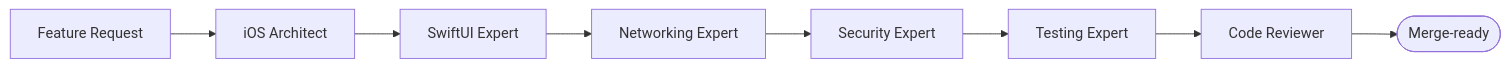
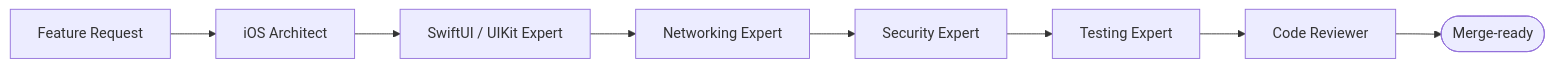
Before and after one commit to sokpichdev/mobile-engineering-agents: the diagram in README.md, drawn with Mermaid. The commit also changed other lines of this file and 2 other files, not shown here.

Commit message:
feat(uikit): add UI paradigm detection, routing, and docs

````diff
--- a/README.md
+++ b/README.md
@@ -328,10 +330,10 @@
 ```mermaid
 flowchart LR
     R[Feature Request] --> A[iOS Architect]
-    A --> U[SwiftUI Expert]
+    A --> U[SwiftUI / UIKit Expert]
     U --> N[Networking Expert]
     N --> S[Security Expert]
     S --> T[Testing Expert]
     T --> C[Code Reviewer]
     C --> Done([Merge-ready])
 ```
````
